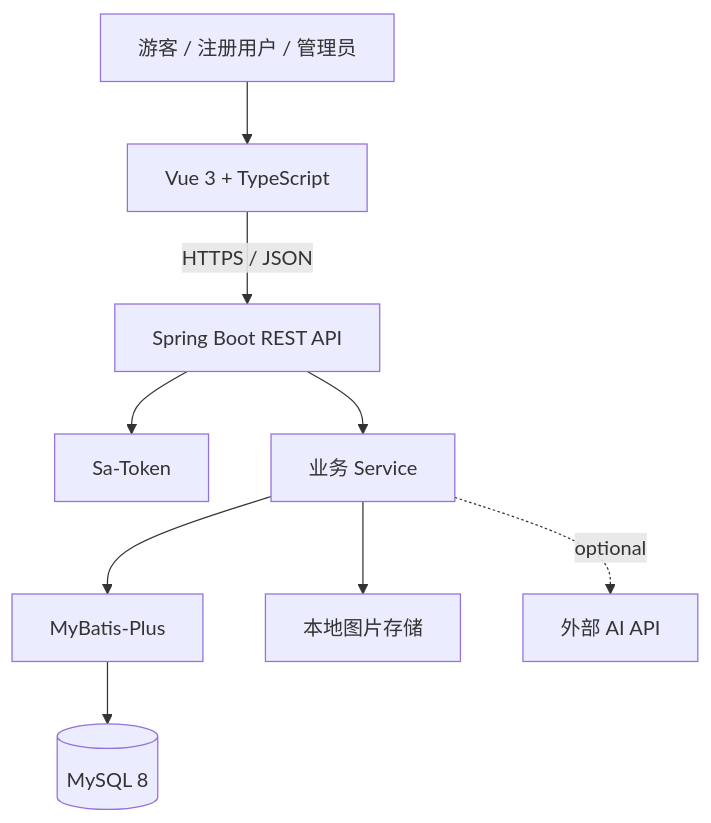
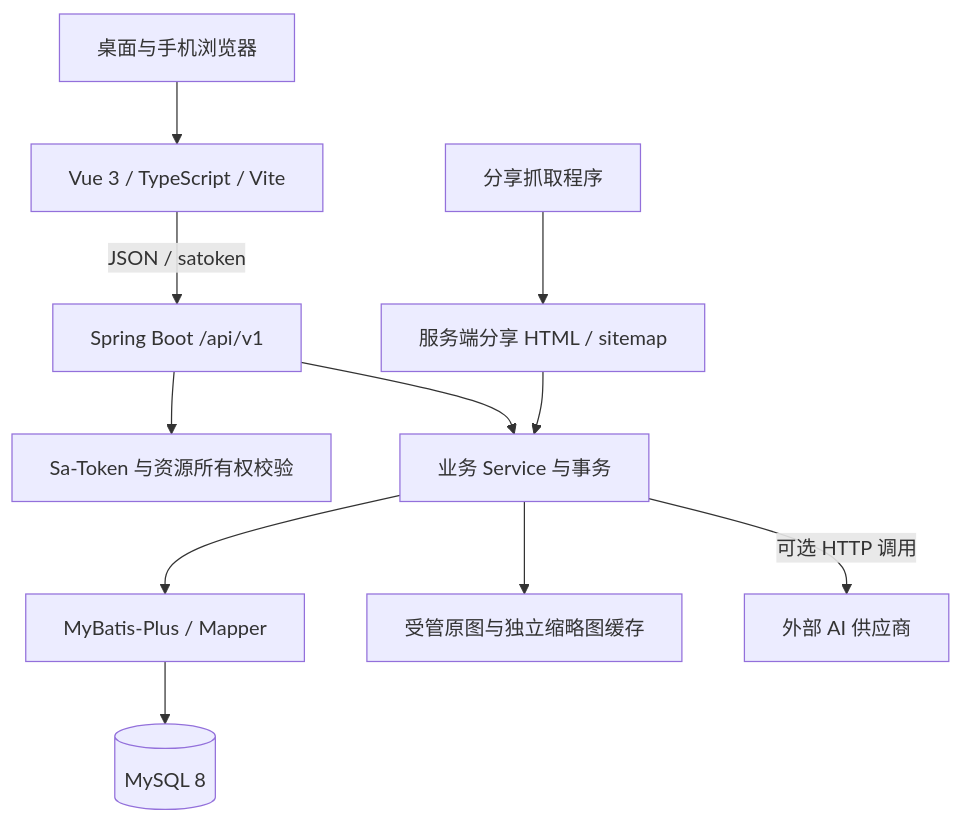
Before and after one commit to TheSixPasserby/travel-platform: the diagram in docs/diagrams/architecture.mmd, drawn with Mermaid. The commit also changed 175 other files, not shown here.

```diff
--- a/docs/diagrams/architecture.mmd
+++ b/docs/diagrams/architecture.mmd
@@ -1,9 +1,11 @@
 flowchart TB
-    U[游客 / 注册用户 / 管理员] --> FE[Vue 3 + TypeScript]
-    FE -->|HTTPS / JSON| API[Spring Boot REST API]
-    API --> AUTH[Sa-Token]
-    API --> SVC[业务 Service]
-    SVC --> MP[MyBatis-Plus]
-    MP --> DB[(MySQL 8)]
-    SVC --> FS[本地图片存储]
-    SVC -. optional .-> AI[外部 AI API]
+    browser[桌面与手机浏览器] --> web[Vue 3 / TypeScript / Vite]
+    web -->|JSON / satoken| api[Spring Boot /api/v1]
+    api --> auth[Sa-Token 与资源所有权校验]
+    api --> service[业务 Service 与事务]
+    service --> mapper[MyBatis-Plus / Mapper]
+    mapper --> db[(MySQL 8)]
+    service --> images[受管原图与独立缩略图缓存]
+    service -->|可选 HTTP 调用| model[外部 AI 供应商]
+    crawler[分享抓取程序] --> share[服务端分享 HTML / sitemap]
+    share --> service
```
